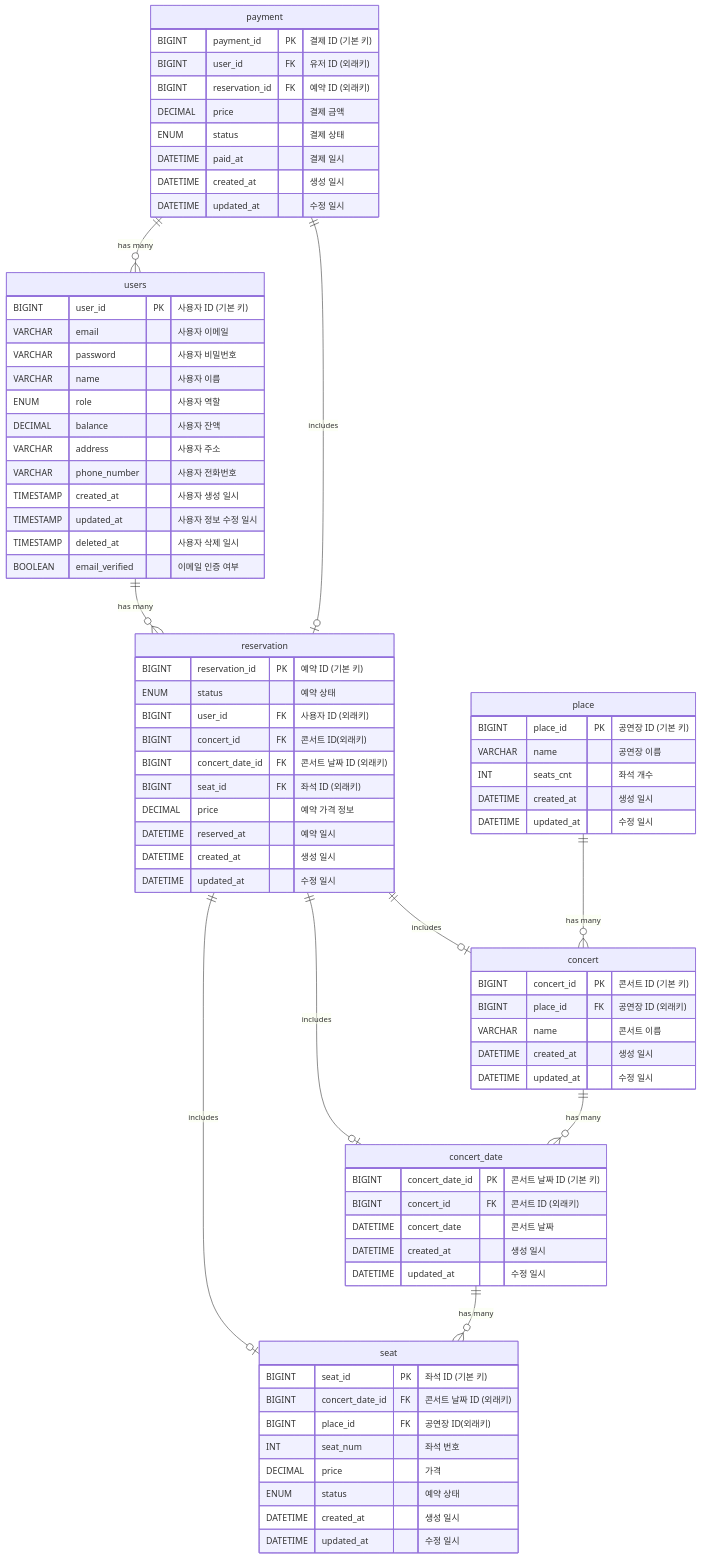
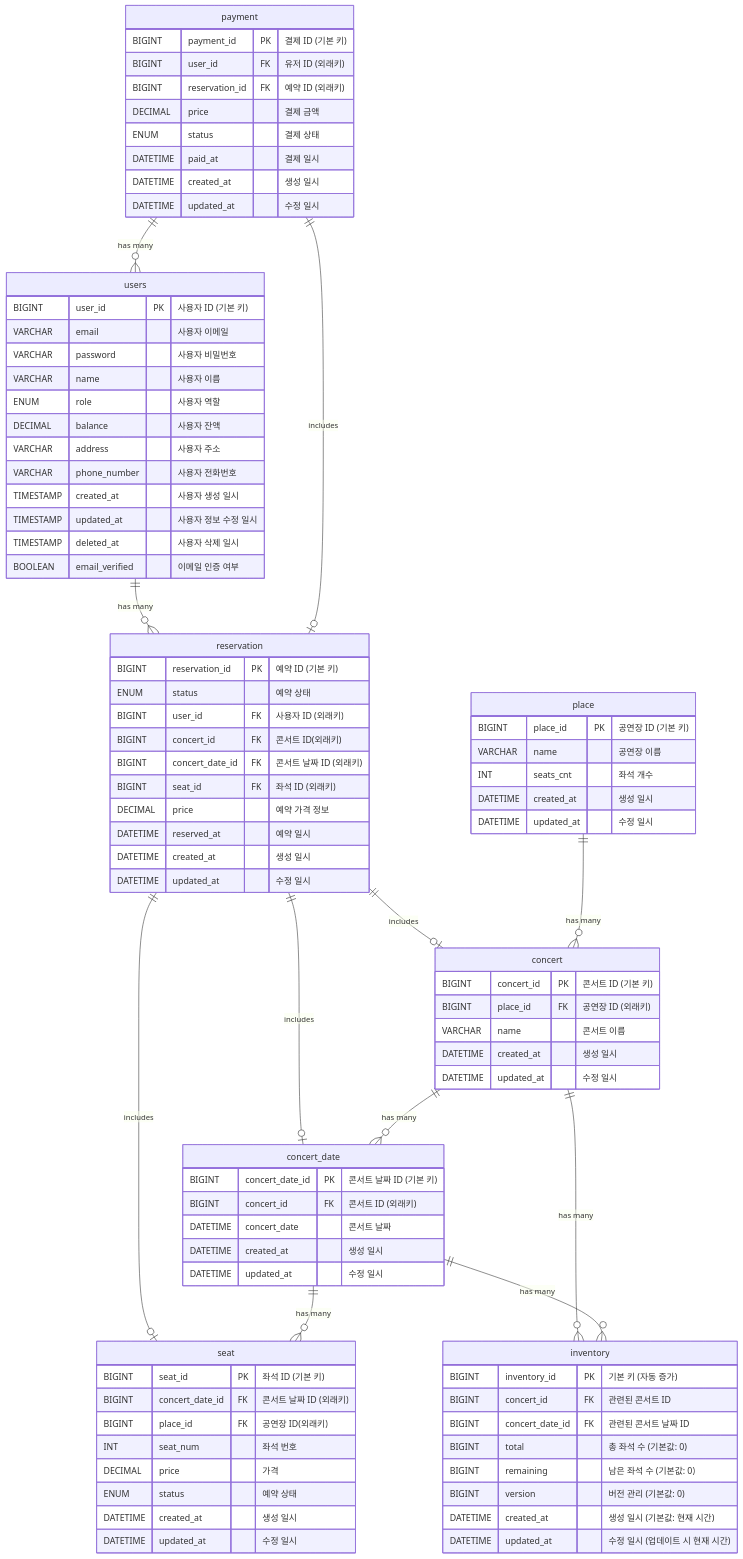
Before and after one commit to hyeseong-dev/ticketing-mngt: the second of 2 diagrams in readme.md, drawn with Mermaid. The commit also changed other lines of this file, not shown here.

Commit message:
feat: update3 mermaid erd code

````diff
--- a/readme.md
+++ b/readme.md
@@ -111,6 +168,17 @@
         DATETIME updated_at "수정 일시"
     }
 
+    inventory {
+        BIGINT inventory_id PK "기본 키 (자동 증가)"
+        BIGINT concert_id FK "관련된 콘서트 ID"
+        BIGINT concert_date_id FK "관련된 콘서트 날짜 ID"
+        BIGINT total "총 좌석 수 (기본값: 0)"
+        BIGINT remaining "남은 좌석 수 (기본값: 0)"
+        BIGINT version "버전 관리 (기본값: 0)"
+        DATETIME created_at "생성 일시 (기본값: 현재 시간)"
+        DATETIME updated_at "수정 일시 (업데이트 시 현재 시간)"
+    }
+
     users ||--o{ reservation : "has many"
     reservation ||--o| concert : "includes"
     reservation ||--o| concert_date : "includes"
@@ -120,7 +188,7 @@
     concert_date ||--o{ seat : "has many"
     payment ||--o{ users : "has many"
     payment ||--o| reservation : "includes"
-
-
+    concert ||--o{ inventory : "has many"
+    concert_date ||--o{ inventory : "has many"
 
 ```
````
